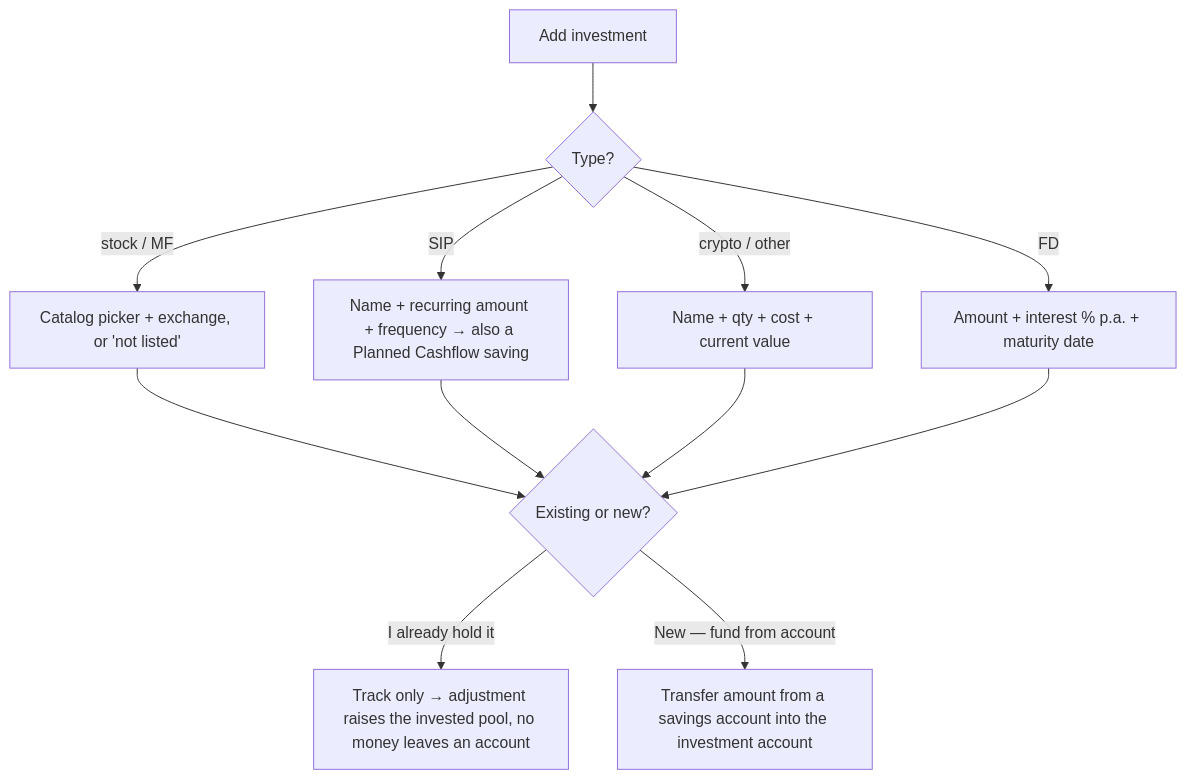
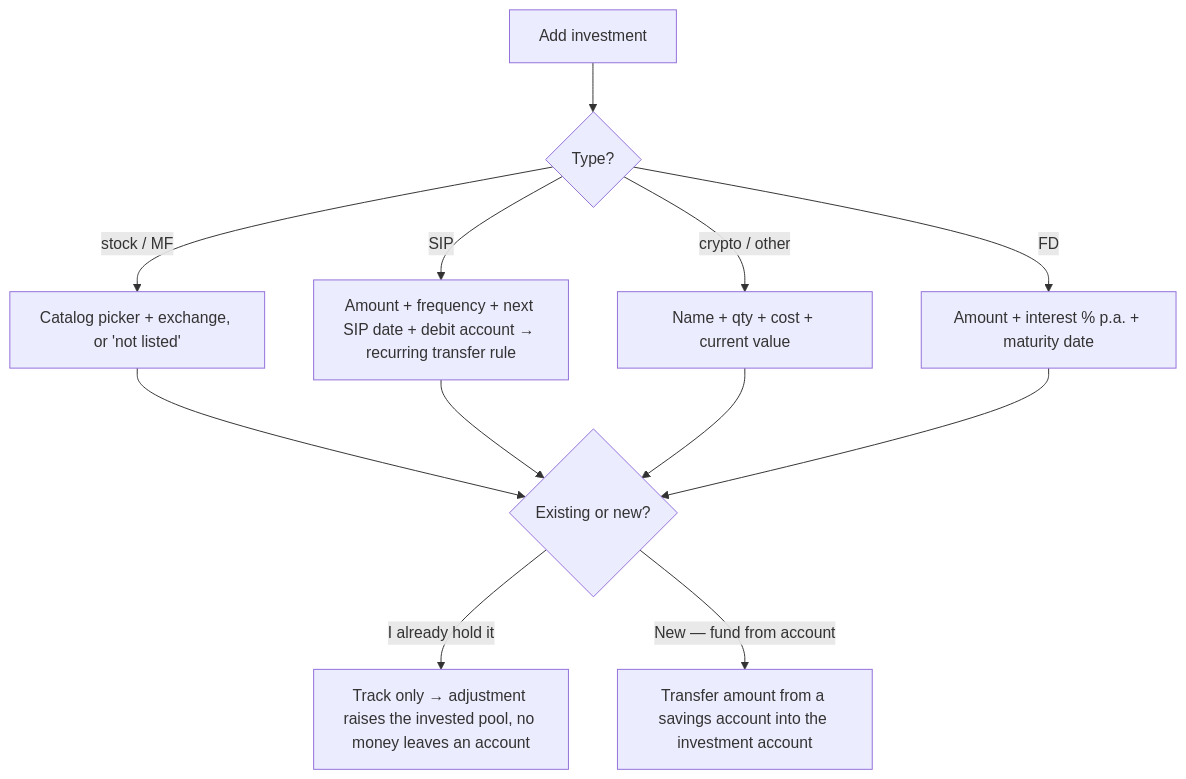
Before and after one commit to replyto-pocketcare/pocketcare-app: the second of 2 diagrams in docs/features/investments.md, drawn with Mermaid. The commit also changed other lines of this file and 6 other files, not shown here.

Commit message:
feat(investments): SIP debit date as recurring transfer; fix fund-from-account; rename feedback area

````diff
--- a/docs/features/investments.md
+++ b/docs/features/investments.md
@@ -16,14 +16,14 @@
 ```mermaid
 flowchart TD
     A[Add investment] --> T{Type?}
     T -->|stock / MF| Listed[Catalog picker + exchange, or 'not listed']
-    T -->|SIP| Sip[Name + recurring amount + frequency → also a Planned Cashflow saving]
+    T -->|SIP| Sip[Amount + frequency + next SIP date + debit account → recurring transfer rule]
     T -->|crypto / other| Val[Name + qty + cost + current value]
     T -->|FD| Fd[Amount + interest % p.a. + maturity date]
     Listed --> F{Existing or new?}
     Sip --> F
     Val --> F
     Fd --> F
     F -->|I already hold it| Track[Track only → adjustment raises the invested pool, no money leaves an account]
     F -->|New — fund from account| Fund[Transfer amount from a savings account into the investment account]
 ```
````
